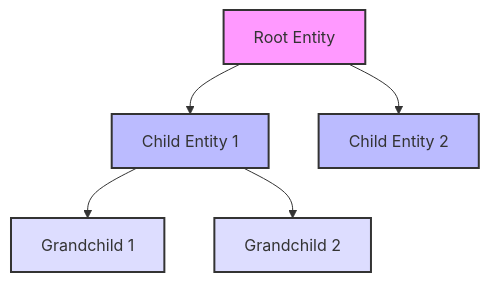
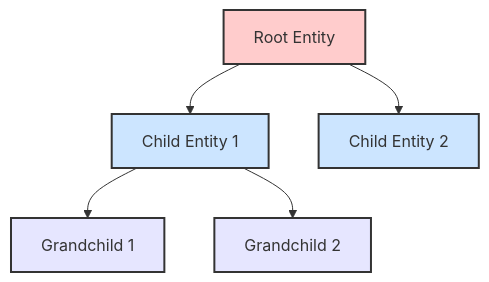
One commit to ukonpower/OREngine changed the second of 2 diagrams in docs/core/entity.md. Above: the diagram before and after it, drawn with Mermaid. The commit also changed 5 other files, not shown here.

Commit message:
docs: tweak colors in diagrams

````diff
--- a/docs/core/entity.md
+++ b/docs/core/entity.md
@@ -51,12 +51,12 @@
 ```mermaid
 graph TD
     A[Root Entity] --> B[Child Entity 1]
     A --> C[Child Entity 2]
     B --> D[Grandchild 1]
     B --> E[Grandchild 2]
-    style A fill:#f9f,stroke:#333,stroke-width:2px
-    style B fill:#bbf,stroke:#333,stroke-width:2px
-    style C fill:#bbf,stroke:#333,stroke-width:2px
-    style D fill:#ddf,stroke:#333,stroke-width:2px
-    style E fill:#ddf,stroke:#333,stroke-width:2px
+    style A fill:#ffcccc,stroke:#333,stroke-width:2px
+    style B fill:#cce5ff,stroke:#333,stroke-width:2px
+    style C fill:#cce5ff,stroke:#333,stroke-width:2px
+    style D fill:#e6e6ff,stroke:#333,stroke-width:2px
+    style E fill:#e6e6ff,stroke:#333,stroke-width:2px
 ```
````
